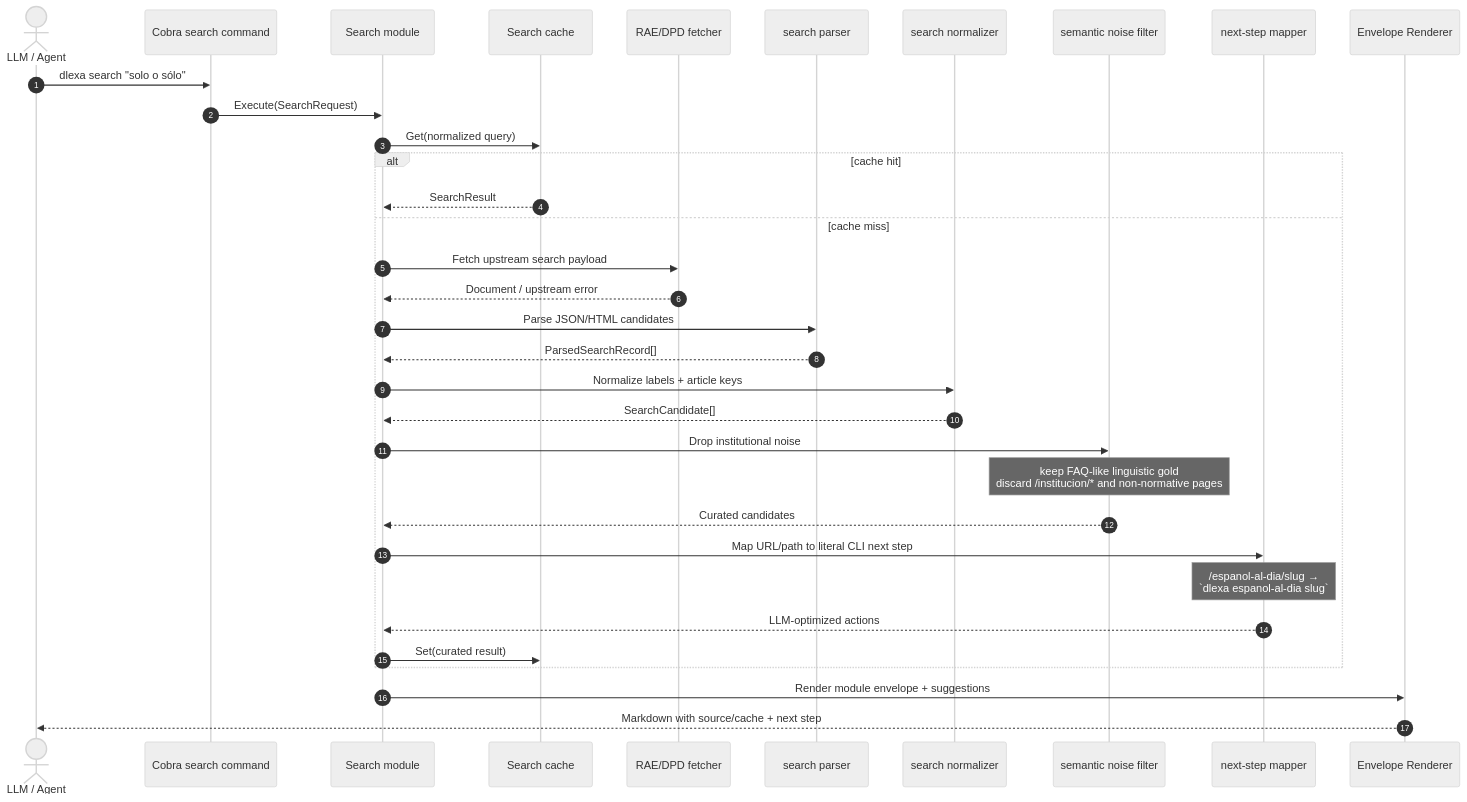
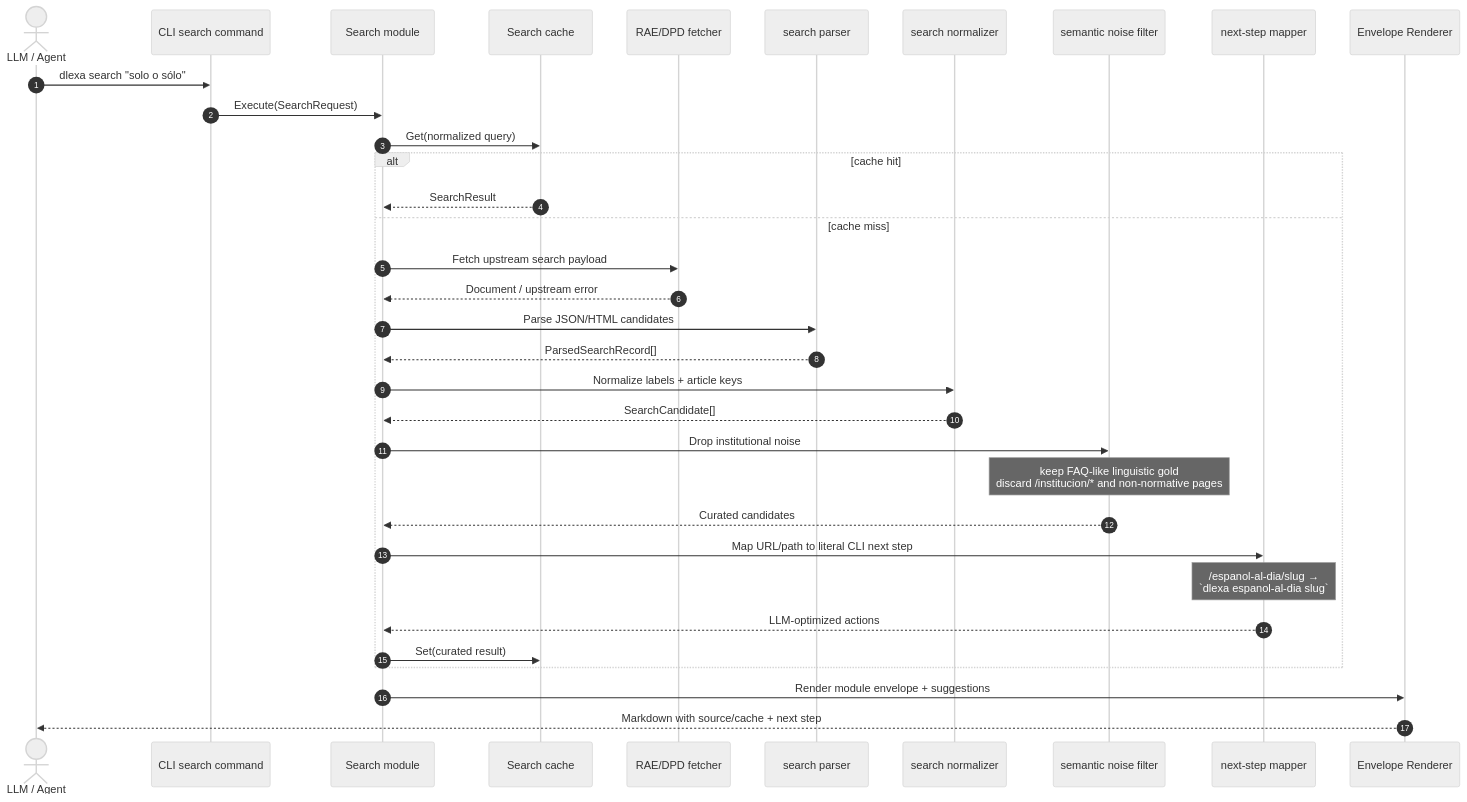
The second of 3 diagrams in docs/architecture_v2_oraculo.md (Disble/dlexa), drawn with Mermaid (neutral theme) before and after one commit. The commit also changed other lines of this file and 13 other files, not shown here.

Commit message:
docs: align runtime architecture guidance

````diff
--- a/docs/architecture_v2_oraculo.md
+++ b/docs/architecture_v2_oraculo.md
@@ -147,37 +148,37 @@
 ```mermaid
 sequenceDiagram
     autonumber
     actor Agent as LLM / Agent
-    participant Cobra as Cobra search command
+    participant Cobra as CLI search command
     participant Router as Search module
     participant Cache as Search cache
     participant Fetch as RAE/DPD fetcher
     participant Parse as search parser
     participant Norm as search normalizer
     participant Heur as semantic noise filter
     participant Next as next-step mapper
     participant Env as Envelope Renderer
 
     Agent->>Cobra: dlexa search "solo o sólo"
     Cobra->>Router: Execute(SearchRequest)
     Router->>Cache: Get(normalized query)
     alt cache hit
         Cache-->>Router: SearchResult
     else cache miss
         Router->>Fetch: Fetch upstream search payload
         Fetch-->>Router: Document / upstream error
         Router->>Parse: Parse JSON/HTML candidates
         Parse-->>Router: ParsedSearchRecord[]
         Router->>Norm: Normalize labels + article keys
         Norm-->>Router: SearchCandidate[]
         Router->>Heur: Drop institutional noise
         Note over Heur: keep FAQ-like linguistic gold<br/>discard /institucion/* and non-normative pages
         Heur-->>Router: Curated candidates
         Router->>Next: Map URL/path to literal CLI next step
         Note over Next: /espanol-al-dia/slug →<br/>`dlexa espanol-al-dia slug`
         Next-->>Router: LLM-optimized actions
         Router->>Cache: Set(curated result)
     end
     Router->>Env: Render module envelope + suggestions
     Env-->>Agent: Markdown with source/cache + next step
 ```
````
